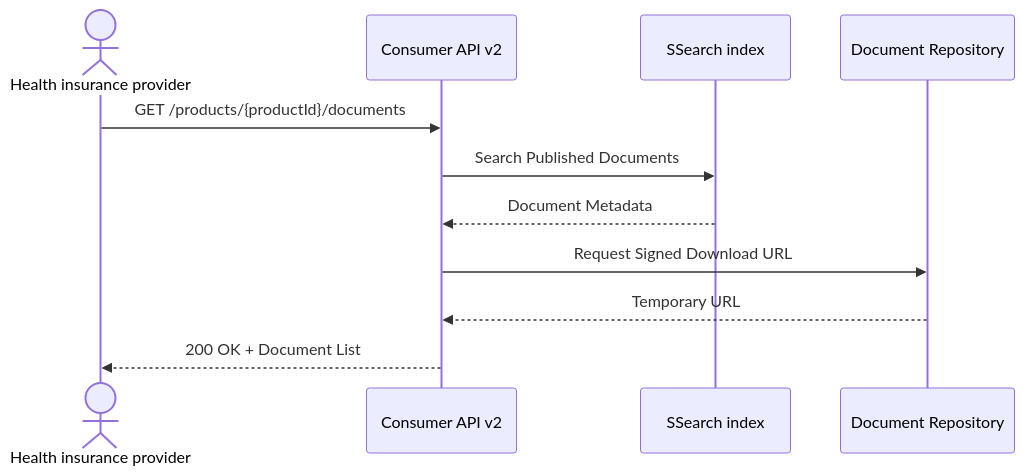
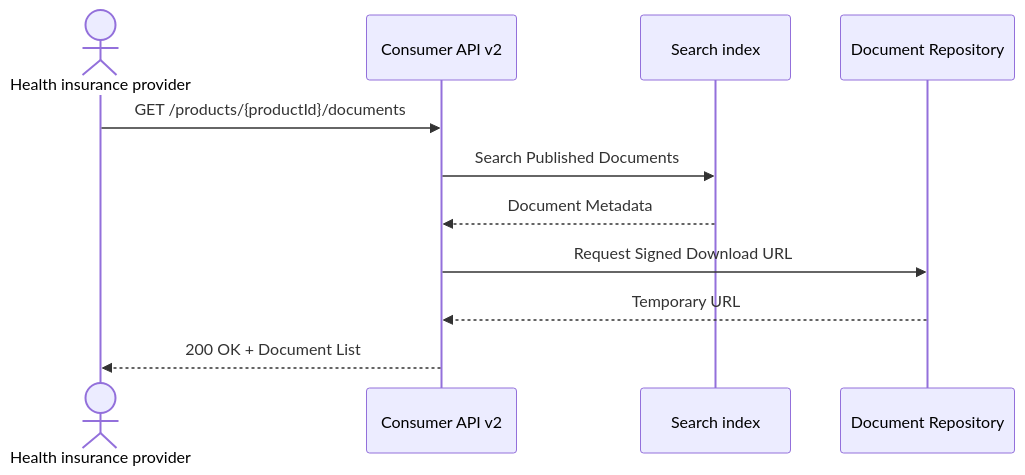
Before and after one commit to Wolfgang61/rl-digital-api-docs: the diagram in content/apis/ecapi/_index.md, drawn with Mermaid. The commit also changed other lines of this file and 7 other files, not shown here.

````diff
--- a/content/apis/ecapi/_index.md
+++ b/content/apis/ecapi/_index.md
@@ -32,14 +32,14 @@
 ```mermaid
 sequenceDiagram
     actor Client as Health insurance provider
     participant EC as Consumer API v2
-    participant IDX as SSearch index
+    participant IDX as Search index
     participant STORE as Document Repository
 
     Client->>EC: GET /products/{productId}/documents
     EC->>IDX: Search Published Documents
     IDX-->>EC: Document Metadata
     EC->>STORE: Request Signed Download URL
     STORE-->>EC: Temporary URL
     EC-->>Client: 200 OK + Document List
 ```
````
